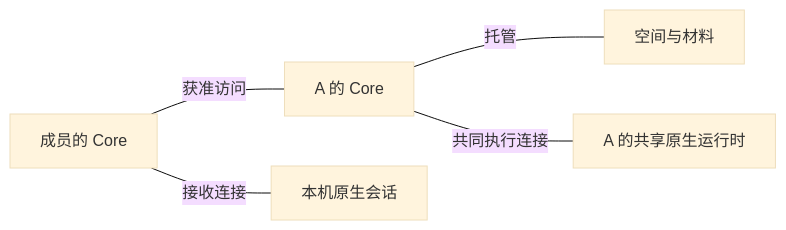
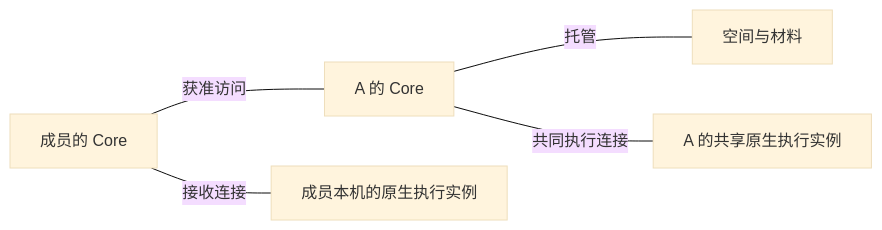
One commit to YTwsy/Team-Cross changed the diagram in docs/agent-wiki/wiki/concepts/runtime-architecture.md. Above: the diagram before and after it, drawn with Mermaid (base theme). The commit also changed other lines of this file and 3 other files, not shown here.

Commit message:
docs: enhance runtime architecture documentation with detailed descriptions of Core responsibilities, session continuity, and execution instance management

````diff
--- a/docs/agent-wiki/wiki/concepts/runtime-architecture.md
+++ b/docs/agent-wiki/wiki/concepts/runtime-architecture.md
@@ -6,7 +18,7 @@
 ```mermaid
 flowchart LR
     A["A 的 Core"] ---|托管| S["空间与材料"]
-    A ---|共同执行连接| R["A 的共享原生运行时"]
+    A ---|共同执行连接| R["A 的共享原生执行实例"]
     B["成员的 Core"] ---|获准访问| A
-    B ---|接收连接| P["本机原生会话"]
+    B ---|接收连接| P["成员本机的原生执行实例"]
 ```
````
